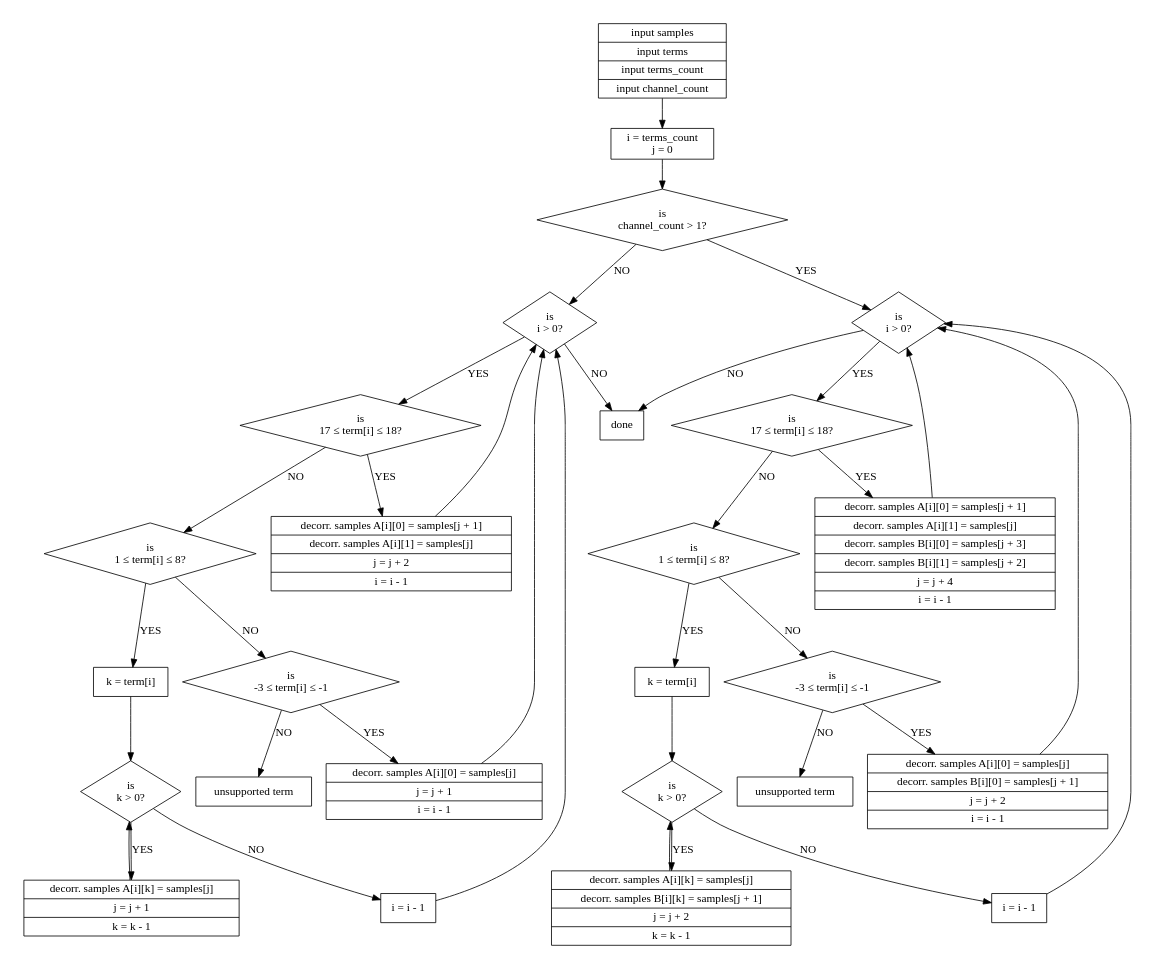
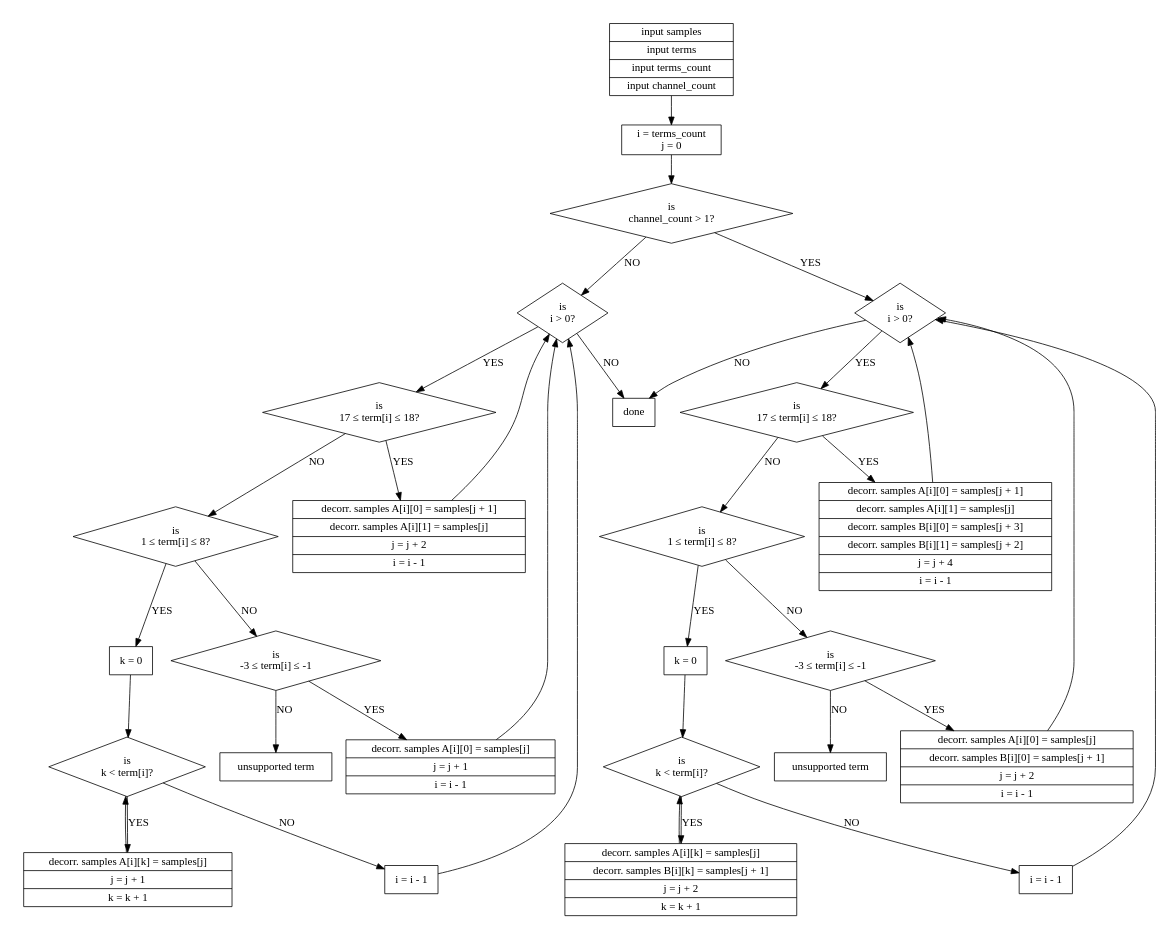
Before and after one commit to tuffy/python-audio-tools: the diagram in docs/reference/figures/wavpack_decorr_samples2.dot, drawn with Graphviz. The commit also changed 4 other files, not shown here.

```diff
--- a/docs/reference/figures/wavpack_decorr_samples2.dot
+++ b/docs/reference/figures/wavpack_decorr_samples2.dot
@@ -1,143 +1,143 @@
 digraph read_wavpack_samples {
   node [fontname="DejaVuSans"];
   edge [fontname="DejaVuSans"];
   size = "6,6";
   margin ="0";
   init [shape=record,label="{input samples|input terms|input terms_count|input channel_count}"];
   init_i [shape=box,label="i = terms_count\nj = 0"];
 
   init -> init_i -> check_stereo;
 
   check_stereo [shape=diamond,label="is\nchannel_count > 1?"];
   check_stereo -> mono_check_i [label="NO"];
   check_stereo -> stereo_check_i [label="YES"];
 
   mono_check_i [shape=diamond,label="is\ni > 0?"];
   mono_check_i -> mono_check_term_17_18 [label="YES"];
   mono_check_i -> mono_done [label="NO"];
 
   mono_decrement_i [shape=record,label="i = i - 1"];
   mono_decrement_i -> mono_check_i;
 
   mono_check_term_17_18 [shape=diamond,label="is\n17 ≤ term[i] ≤ 18?"];
   mono_check_term_1_8 [shape=diamond,label="is\n1 ≤ term[i] ≤ 8?"];
   mono_check_term_neg [shape=diamond,label="is\n-3 ≤ term[i] ≤ -1"];
 
   mono_check_term_17_18 -> mono_check_term_1_8 [label="NO"];
   mono_check_term_17_18 -> mono_update_17_18 [label="YES"];
   mono_check_term_1_8 -> mono_check_term_neg [label="NO"];
   mono_check_term_1_8 -> mono_init_k [label="YES"];
   mono_check_term_neg -> mono_error [label="NO"];
   mono_check_term_neg -> mono_update_neg [label="YES"];
 
   mono_update_17_18 [shape=record,label="{decorr. samples A[i][0] = samples[j + 1]|decorr. samples A[i][1] = samples[j]|j = j + 2|i = i - 1}"];
   mono_update_17_18 -> mono_check_i;
 
-  mono_init_k [shape=record,label="k = term[i]"];
-  mono_check_k [shape=diamond,label="is\nk > 0?"];
-  mono_update_k [shape=record,label="{decorr. samples A[i][k] = samples[j]|j = j + 1|k = k - 1}"];
+  mono_init_k [shape=record,label="k = 0"];
+  mono_check_k [shape=diamond,label="is\nk < term[i]?"];
+  mono_update_k [shape=record,label="{decorr. samples A[i][k] = samples[j]|j = j + 1|k = k + 1}"];
 
   mono_init_k -> mono_check_k;
   mono_check_k -> mono_update_k [label="YES"];
   mono_check_k -> mono_decrement_i [label="NO"];
   mono_update_k -> mono_check_k;
 
   mono_update_neg [shape=record,label="{decorr. samples A[i][0] = samples[j]|j = j + 1|i = i - 1}"];
   mono_update_neg -> mono_check_i;
 
   stereo_check_i [shape=diamond,label="is\ni > 0?"];
   stereo_check_i -> stereo_check_term_17_18 [label="YES"];
   stereo_check_i -> mono_done [label="NO"];
 
   stereo_decrement_i [shape=record,label="i = i - 1"];
   stereo_decrement_i -> stereo_check_i;
 
   stereo_check_term_17_18 [shape=diamond,label="is\n17 ≤ term[i] ≤ 18?"];
   stereo_check_term_1_8 [shape=diamond,label="is\n1 ≤ term[i] ≤ 8?"];
   stereo_check_term_neg [shape=diamond,label="is\n-3 ≤ term[i] ≤ -1"];
 
   stereo_check_term_17_18 -> stereo_check_term_1_8 [label="NO"];
   stereo_check_term_17_18 -> stereo_update_17_18 [label="YES"];
   stereo_check_term_1_8 -> stereo_check_term_neg [label="NO"];
   stereo_check_term_1_8 -> stereo_init_k [label="YES"];
   stereo_check_term_neg -> stereo_error [label="NO"];
   stereo_check_term_neg -> stereo_update_neg [label="YES"];
 
   stereo_update_17_18 [shape=record,label="{decorr. samples A[i][0] = samples[j + 1]|decorr. samples A[i][1] = samples[j]|decorr. samples B[i][0] = samples[j + 3]|decorr. samples B[i][1] = samples[j + 2]|j = j + 4|i = i - 1}"];
   stereo_update_17_18 -> stereo_check_i;
 
-  stereo_init_k [shape=record,label="k = term[i]"];
-  stereo_check_k [shape=diamond,label="is\nk > 0?"];
-  stereo_update_k [shape=record,label="{decorr. samples A[i][k] = samples[j]|decorr. samples B[i][k] = samples[j + 1]|j = j + 2|k = k - 1}"];
+  stereo_init_k [shape=record,label="k = 0"];
+  stereo_check_k [shape=diamond,label="is\nk < term[i]?"];
+  stereo_update_k [shape=record,label="{decorr. samples A[i][k] = samples[j]|decorr. samples B[i][k] = samples[j + 1]|j = j + 2|k = k + 1}"];
 
   stereo_init_k -> stereo_check_k;
   stereo_check_k -> stereo_update_k [label="YES"];
   stereo_check_k -> stereo_decrement_i [label="NO"];
   stereo_update_k -> stereo_check_k;
 
   stereo_update_neg [shape=record,label="{decorr. samples A[i][0] = samples[j]|decorr. samples B[i][0] = samples[j + 1]|j = j + 2|i = i - 1}"];
   stereo_update_neg -> stereo_check_i;
 
 /*
   check_i [shape=diamond,label="is\ni >= 0?"];
 
   check_i -> done [label="NO"];
   check_i -> check_term_17_18 [label="YES"];
 
   decrement_i [shape=record,label="i = i - 1"];
   decrement_i -> check_i;
 
   check_term_17_18 [shape=diamond,label="is\n17 ≤ term[i] ≤ 18?"];
   update_17_18_mono [shape=record,label="{decorr. samples A[i][0] = samples[j + 1]|decorr. samples A[i][1] = samples[j]|j = j + 2}"];
   check_17_18_mono [shape=diamond,label="is\nchannel_count > 1?"];
   update_17_18_stereo [shape=record,label="{decorr. samples B[i][0] = samples[j + 1]|decorr. samples B[i][1] = samples[j]|j = j + 2}"];
 
   check_term_17_18 -> update_17_18_mono [label="YES"];
   check_term_17_18 -> check_term_1_8 [label="NO"];
   update_17_18_mono -> check_17_18_mono;
   check_17_18_mono -> update_17_18_stereo [label="YES"];
   check_17_18_mono -> decrement_i [label="NO"];
   update_17_18_stereo -> decrement_i;
 
   check_term_1_8 [shape=diamond,label="is\n1 ≤ term[i] ≤ 8?"];
   check_term_1_8 -> init_k [label="YES"];
   check_term_1_8 -> check_neg_term [label="NO"];
 
   init_k [shape=record,label="k = term[i]"];
   check_k [shape=diamond,label="is\nk > 0?"];
   check_k -> decrement_i [label="NO"];
   check_k -> update_k_mono [label="YES"];
 
   update_k_mono [shape=record,label="{decorr. samples A[i][k] = samples[j]|j = j + 1}"];
   update_k_mono -> check_k_stereo;
   check_k_stereo [shape=diamond,label="is\nchannel_count > 1?"];
   update_k_stereo [shape=record,label="{decorr. samples B[i][k] = samples[j]|j = j + 1}"];
   check_k_stereo -> update_k_stereo [label="YES"];
   check_k_stereo -> decrement_k [label="NO"];
   update_k_stereo -> decrement_k;
 
   decrement_k [shape=record,label="k = k - 1"];
   decrement_k -> check_k;
 
   init_k -> check_k;
 
   check_neg_term [shape=diamond,label="is\n-3 ≤ term[i] ≤ -1"];
   check_neg_term -> update_neg_mono [label="YES"];
   check_neg_term -> error [label="NO"];
 
   update_neg_mono [shape=record,label="{decorr. samples A[i][0] = samples[j]|j = j + 1}"];
   check_neg_stereo [shape=diamond,label="is\nchannel_count > 1?"];
   update_neg_stereo [shape=record,label="{decorr. samples B[i][0] = samples[j]|j = j + 1}"];
 
   update_neg_mono -> check_neg_stereo;
   check_neg_stereo -> update_neg_stereo [label="YES"];
   check_neg_stereo -> decrement_i [label="NO"];
   update_neg_stereo -> decrement_i;
 */
 
   mono_error [shape=box,label="unsupported term"];
   stereo_error [shape=box,label="unsupported term"];
 
   mono_done [shape=box,label="done"];
   /*stereo_done [shape=box,label="done"];*/
 }
```
